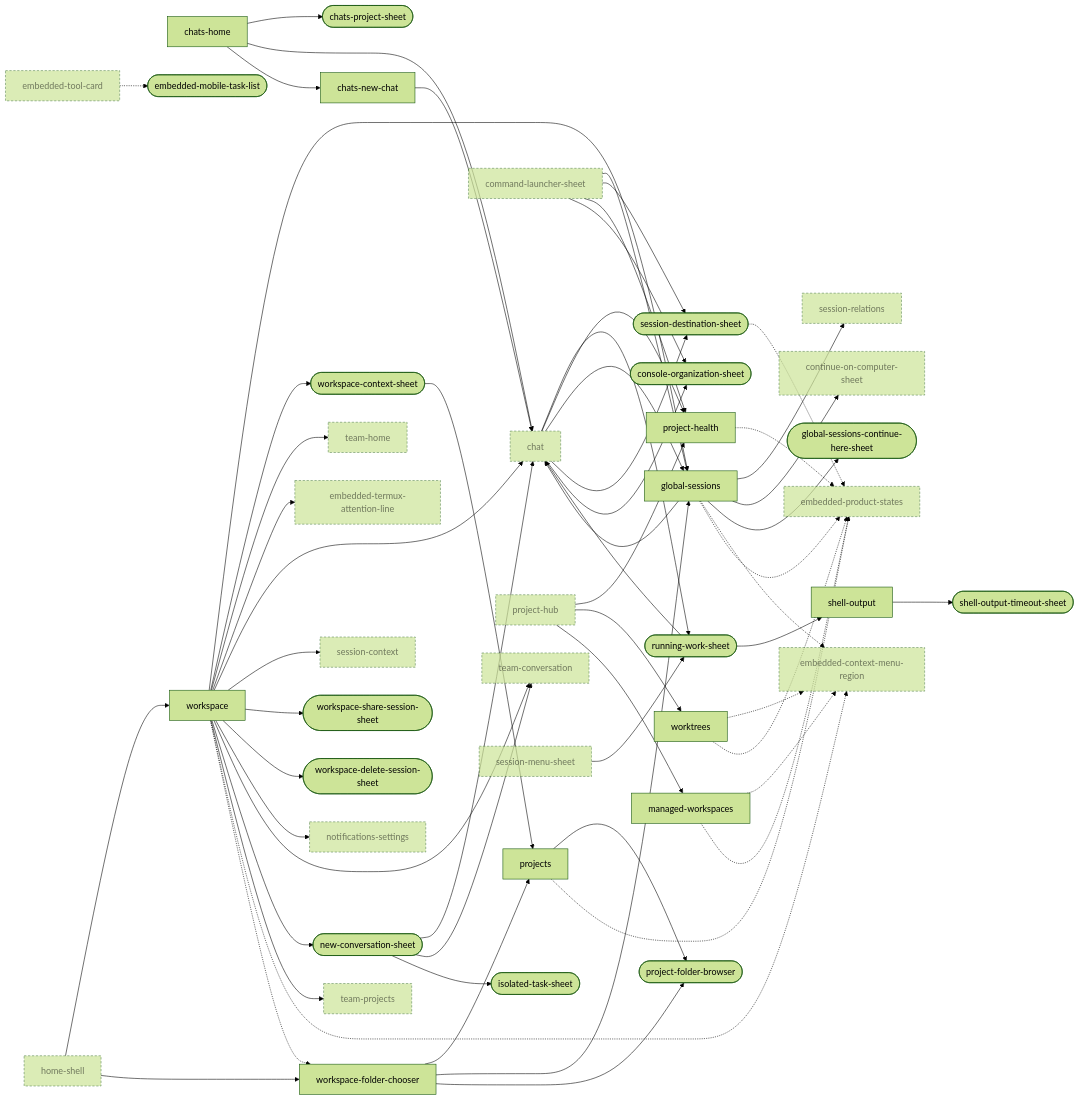
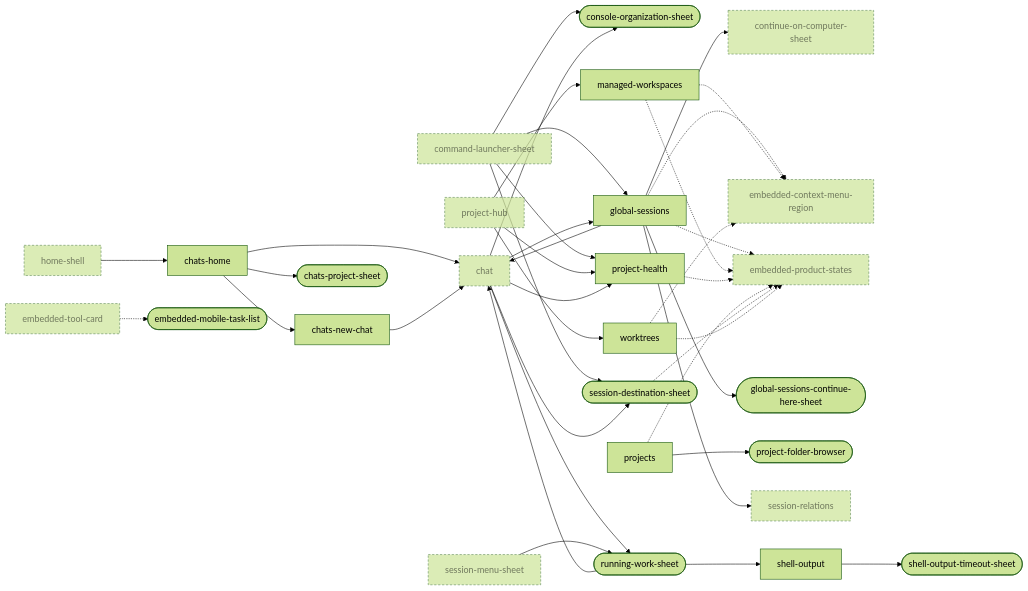
The third of 10 diagrams in docs/design/ui-ledger/navigation.md (Eslamasabry/opencode-mobile-next), drawn with Mermaid (forest theme) before and after one commit. The commit also changed other lines of this file and 203 other files, not shown here.

First line of the commit message:
feat(chats-first): Conversations tab wording, one header, Files chip opens the Open a project sheet, Inbox and Work leftovers removed [skip ci]

```diff
--- a/docs/design/ui-ledger/navigation.md
+++ b/docs/design/ui-ledger/navigation.md
@@ -484,57 +430,32 @@
   embedded_context_menu_region["embedded-context-menu-region"]:::ext
   embedded_mobile_task_list(["embedded-mobile-task-list"])
   embedded_product_states["embedded-product-states"]:::ext
-  embedded_termux_attention_line["embedded-termux-attention-line"]:::ext
   embedded_tool_card["embedded-tool-card"]:::ext
   global_sessions["global-sessions"]
   global_sessions_continue_here_sheet(["global-sessions-continue-here-sheet"])
   home_shell["home-shell"]:::ext
-  isolated_task_sheet(["isolated-task-sheet"])
   managed_workspaces["managed-workspaces"]
-  new_conversation_sheet(["new-conversation-sheet"])
-  notifications_settings["notifications-settings"]:::ext
   project_folder_browser(["project-folder-browser"])
   project_health["project-health"]
   project_hub["project-hub"]:::ext
   projects["projects"]
   running_work_sheet(["running-work-sheet"])
-  session_context["session-context"]:::ext
   session_destination_sheet(["session-destination-sheet"])
   session_menu_sheet["session-menu-sheet"]:::ext
   session_relations["session-relations"]:::ext
   shell_output["shell-output"]
   shell_output_timeout_sheet(["shell-output-timeout-sheet"])
-  team_conversation["team-conversation"]:::ext
-  team_home["team-home"]:::ext
-  team_projects["team-projects"]:::ext
-  workspace["workspace"]
-  workspace_context_sheet(["workspace-context-sheet"])
-  workspace_delete_session_sheet(["workspace-delete-session-sheet"])
-  workspace_folder_chooser["workspace-folder-chooser"]
-  workspace_share_session_sheet(["workspace-share-session-sheet"])
   worktrees["worktrees"]
-  home_shell --> workspace
+  home_shell --> chats_home
   chat --> running_work_sheet
   command_launcher_sheet --> global_sessions
   command_launcher_sheet --> session_destination_sheet
   command_launcher_sheet --> project_health
   command_launcher_sheet --> console_organization_sheet
   session_menu_sheet --> running_work_sheet
-  workspace --> global_sessions
-  workspace --> workspace_context_sheet
-  workspace --> team_home
-  workspace --> embedded_termux_attention_line
-  workspace --> chat
-  workspace --> session_context
-  workspace --> workspace_share_session_sheet
-  workspace --> workspace_delete_session_sheet
-  workspace --> notifications_settings
-  workspace --> team_conversation
-  workspace --> new_conversation_sheet
-  workspace --> team_projects
-  workspace_folder_chooser --> projects
-  workspace_folder_chooser --> global_sessions
-  workspace_context_sheet --> projects
+  chats_home --> chats_project_sheet
+  chats_home --> chat
+  chats_home --> chats_new_chat
   global_sessions --> chat
   global_sessions --> session_relations
   global_sessions --> continue_on_computer_sheet
@@ -542,22 +463,13 @@
   running_work_sheet --> chat
   running_work_sheet --> shell_output
   shell_output --> shell_output_timeout_sheet
-  new_conversation_sheet --> chat
-  new_conversation_sheet --> team_conversation
-  new_conversation_sheet --> isolated_task_sheet
   project_hub --> project_health
   project_hub --> worktrees
   project_hub --> managed_workspaces
-  chats_home --> chats_project_sheet
-  chats_home --> chat
-  chats_home --> chats_new_chat
   chats_new_chat --> chat
-  home_shell --> workspace_folder_chooser
-  workspace_folder_chooser --> project_folder_browser
   projects --> project_folder_browser
   global_sessions -.-> embedded_context_menu_region
   managed_workspaces -.-> embedded_context_menu_region
-  workspace -.-> embedded_context_menu_region
   worktrees -.-> embedded_context_menu_region
   global_sessions -.-> embedded_product_states
   managed_workspaces -.-> embedded_product_states
@@ -565,7 +477,6 @@
   projects -.-> embedded_product_states
   session_destination_sheet -.-> embedded_product_states
   worktrees -.-> embedded_product_states
-  workspace -.-> workspace_folder_chooser
   chat --> project_health
   chat --> global_sessions
   chat --> session_destination_sheet
```
